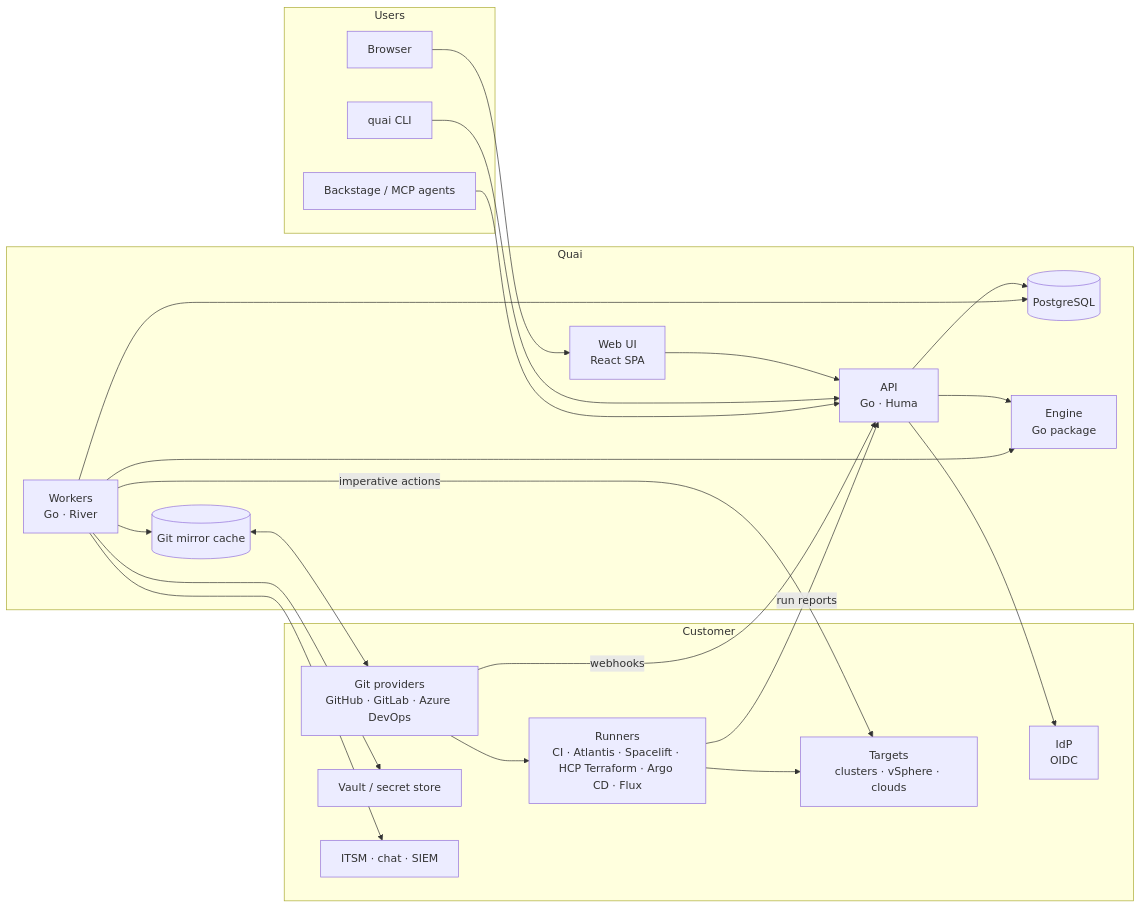
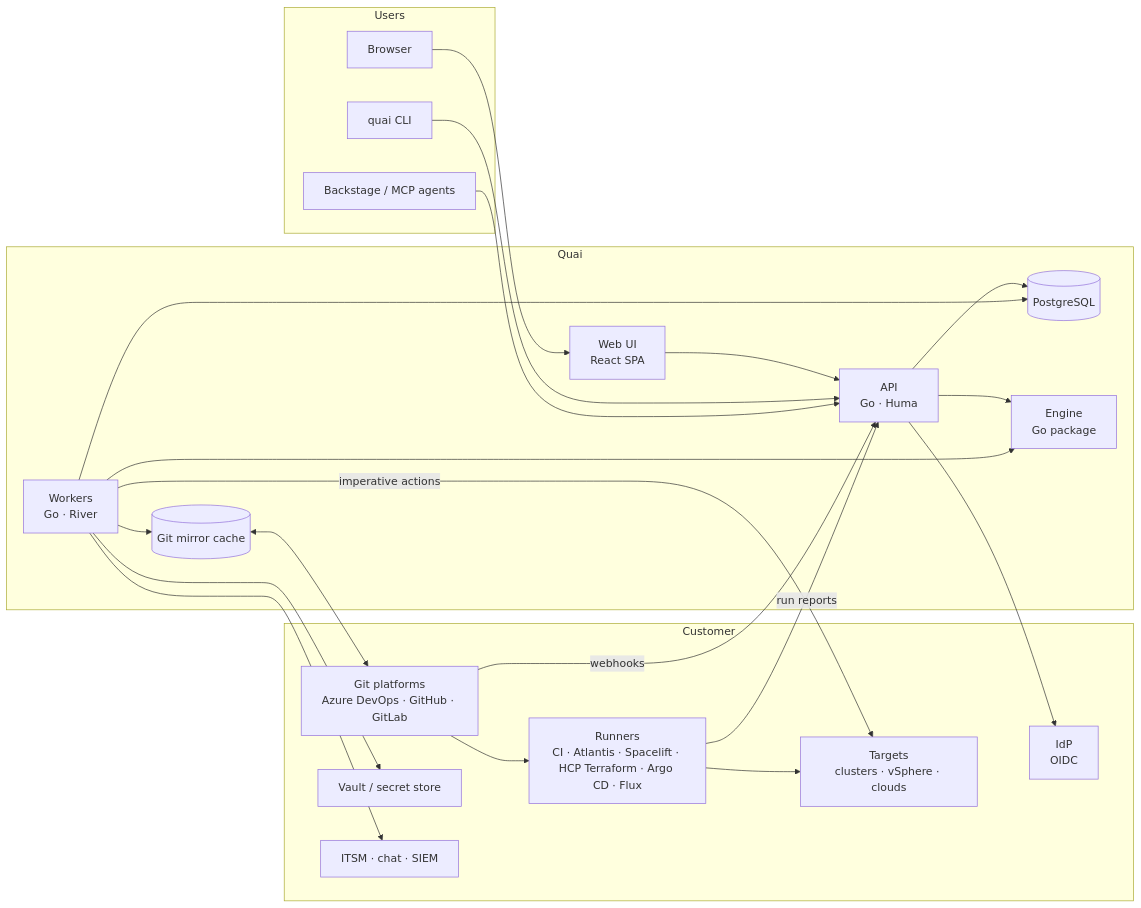
The diagram in docs/architecture/overview.md (damhau/quai), drawn with Mermaid before and after one commit. The commit also changed other lines of this file and 14 other files, not shown here.

First line of the commit message:
Plan per-platform Git connectors, Azure DevOps first

````diff
--- a/docs/architecture/overview.md
+++ b/docs/architecture/overview.md
@@ -35,40 +35,40 @@
 ```mermaid
 flowchart LR
   subgraph Users
     B[Browser]
     C[quai CLI]
     P[Backstage / MCP agents]
   end
   subgraph Quai
     W[Web UI<br/>React SPA]
     A[API<br/>Go · Huma]
     K[Workers<br/>Go · River]
     E[(PostgreSQL)]
     M[(Git mirror cache)]
     X[Engine<br/>Go package]
   end
   subgraph Customer
-    G[Git providers<br/>GitHub · GitLab · Azure DevOps]
+    G[Git platforms<br/>Azure DevOps · GitHub · GitLab]
     R[Runners<br/>CI · Atlantis · Spacelift · HCP Terraform · Argo CD · Flux]
     I[IdP<br/>OIDC]
     V[Vault / secret store]
     S[ITSM · chat · SIEM]
     T[Targets<br/>clusters · vSphere · clouds]
   end
   B --> W --> A
   C --> A
   P --> A
   A --> E
   A --> X
   K --> X
   K --> E
   K --> M
   M <--> G
   G -- webhooks --> A
   R -- run reports --> A
   G --> R --> T
   A --> I
   K --> V
   K --> S
   K -- imperative actions --> T
 ```
````
